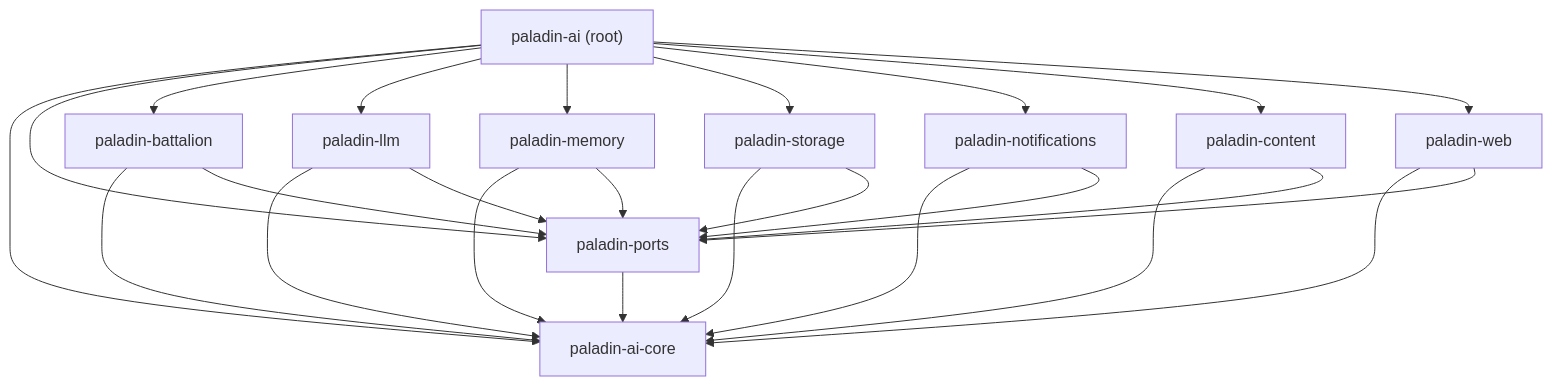
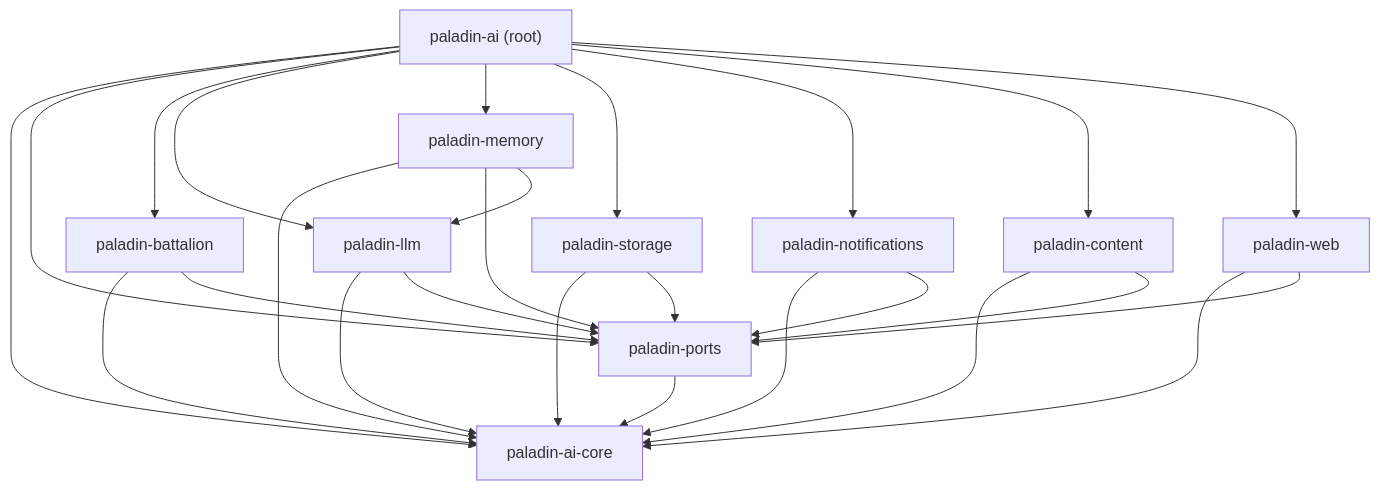
One commit to DF3NDR/paladin-dev-env changed the diagram in docs/src/architecture/crate-map.md. Above: the diagram before and after it, drawn with Mermaid. The commit also changed other lines of this file and 3 other files, not shown here.

````diff
--- a/docs/src/architecture/crate-map.md
+++ b/docs/src/architecture/crate-map.md
@@ -23,39 +23,40 @@
 ```mermaid
 graph TD
     root["paladin-ai (root)"]
     core["paladin-ai-core"]
     ports["paladin-ports"]
     batt["paladin-battalion"]
     llm["paladin-llm"]
     mem["paladin-memory"]
     stor["paladin-storage"]
     notif["paladin-notifications"]
     cont["paladin-content"]
     web["paladin-web"]
 
     root --> core
     root --> ports
     root --> batt
     root --> llm
     root --> mem
     root --> stor
     root --> notif
     root --> cont
     root --> web
 
     ports --> core
     batt --> core
     batt --> ports
     llm --> core
     llm --> ports
     mem --> core
     mem --> ports
+    mem --> llm
     stor --> core
     stor --> ports
     notif --> core
     notif --> ports
     cont --> core
     cont --> ports
     web --> core
     web --> ports
 ```
````
